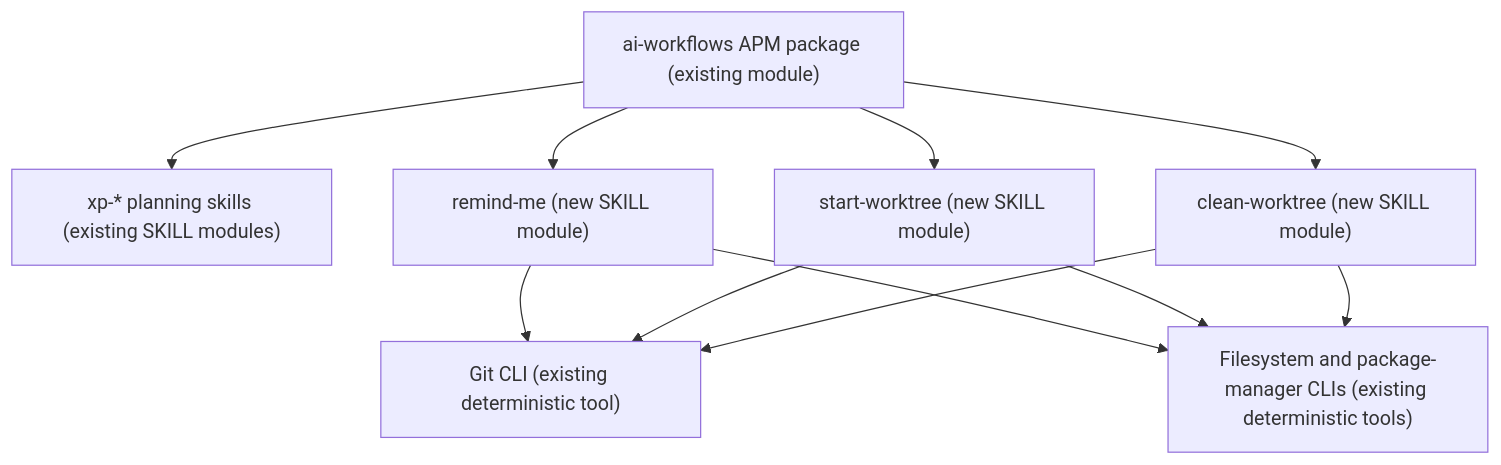
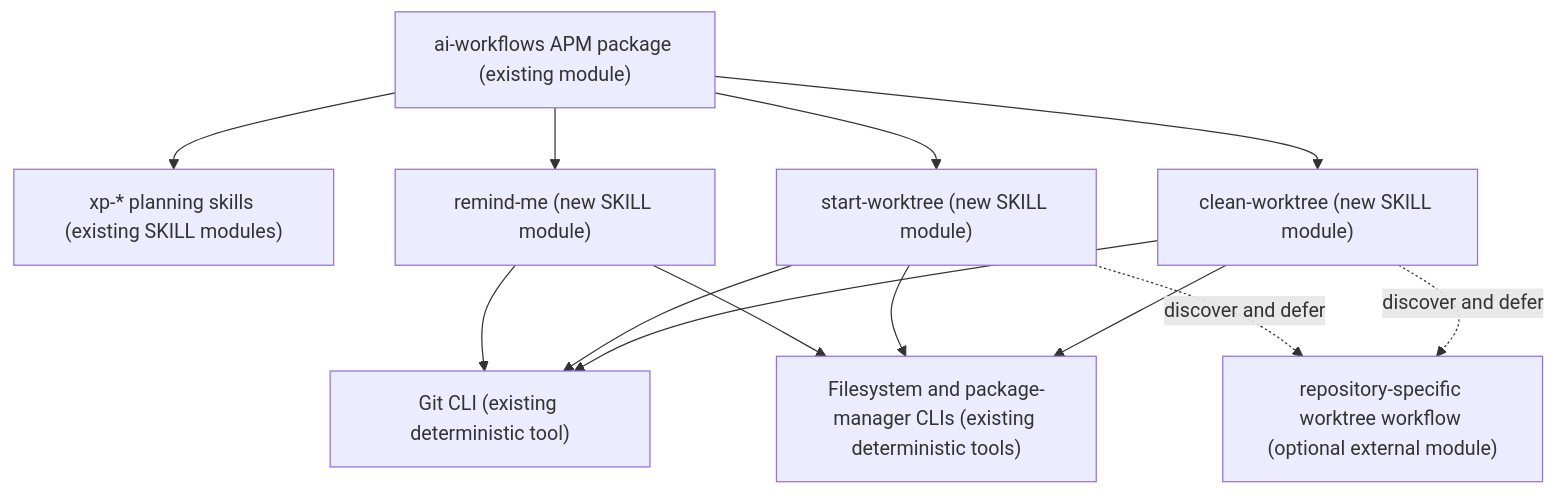
The first of 3 diagrams in docs/base-skills-design.md (pablougaz/xp-agent-workflow), drawn with Mermaid before and after one commit. The commit also changed other lines of this file and 10 other files, not shown here.

````diff
--- a/docs/base-skills-design.md
+++ b/docs/base-skills-design.md
@@ -15,21 +15,24 @@
 ```mermaid
 flowchart TD
     P["ai-workflows APM package (existing module)"]
     XP["xp-* planning skills (existing SKILL modules)"]
     RM["remind-me (new SKILL module)"]
     SW["start-worktree (new SKILL module)"]
     CW["clean-worktree (new SKILL module)"]
+    SPEC["repository-specific worktree workflow (optional external module)"]
     GIT["Git CLI (existing deterministic tool)"]
     FS["Filesystem and package-manager CLIs (existing deterministic tools)"]
 
     P --> XP
     P --> RM
     P --> SW
     P --> CW
     RM --> GIT
     RM --> FS
     SW --> GIT
     SW --> FS
     CW --> GIT
     CW --> FS
+    SW -. "discover and defer" .-> SPEC
+    CW -. "discover and defer" .-> SPEC
 ```
````
